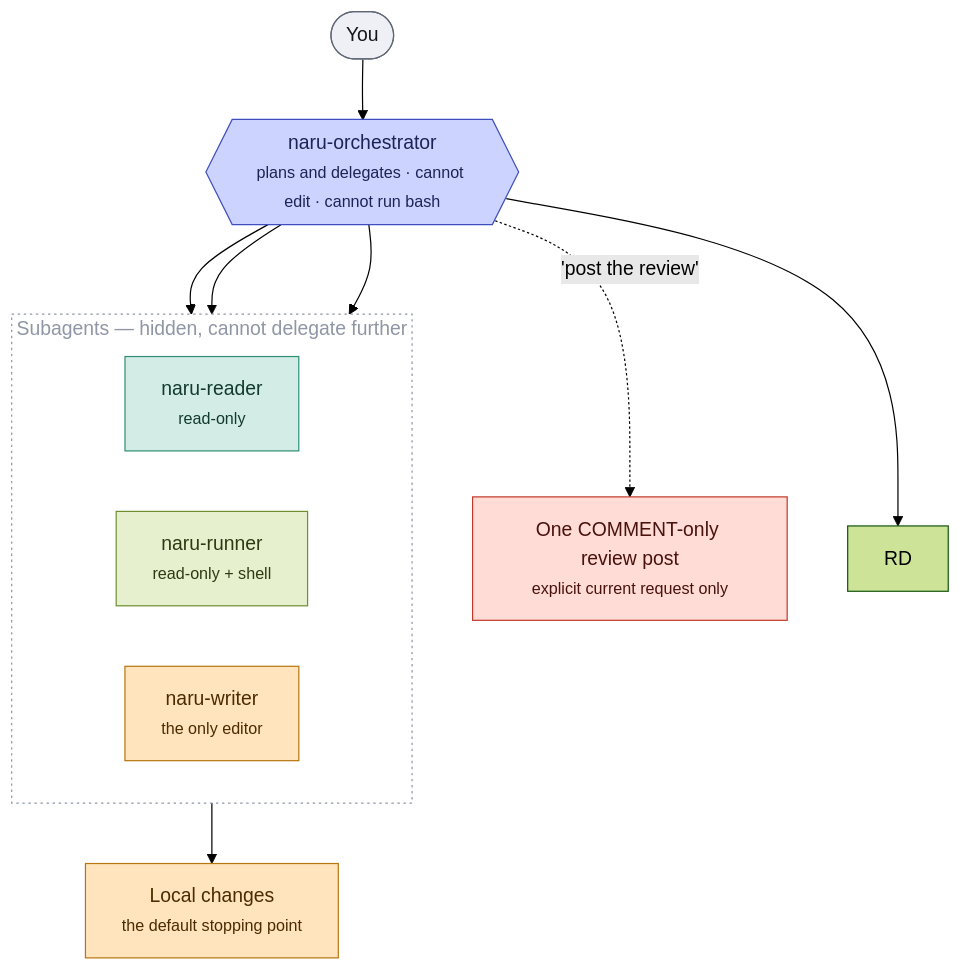
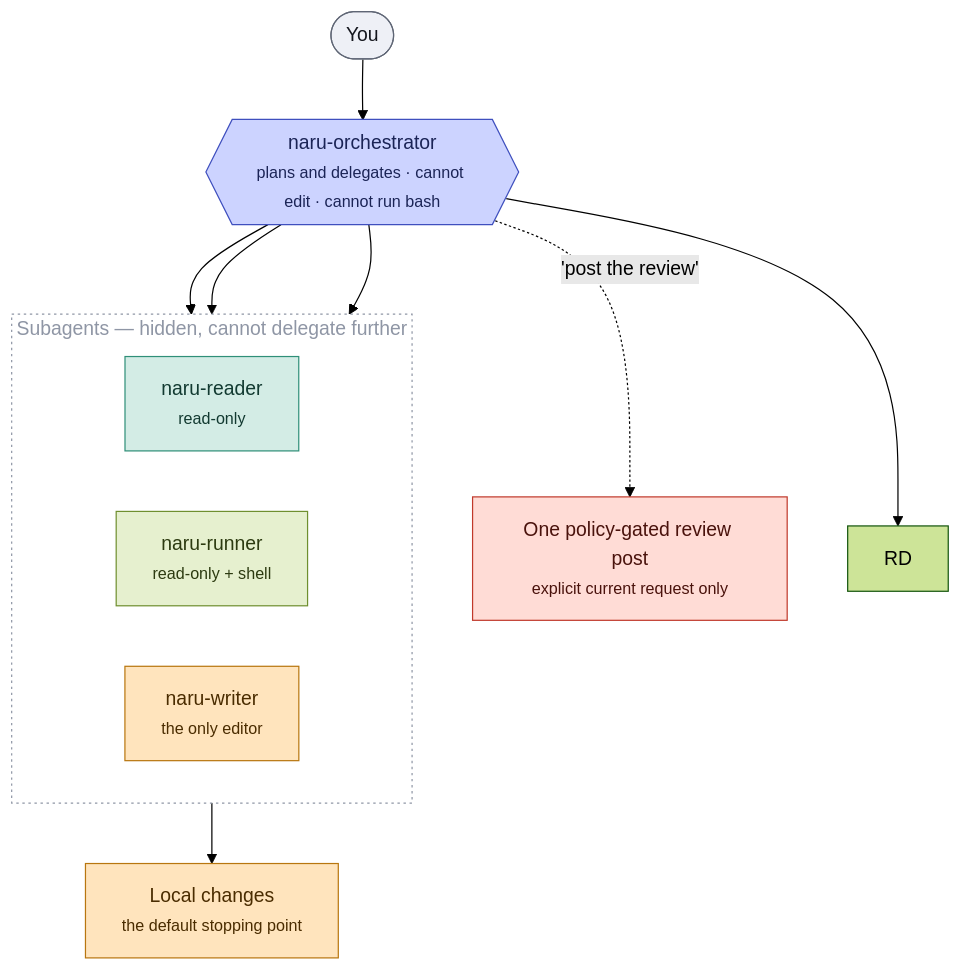
The diagram in docs/user-guide.md (sean35mm/naru-opencode), drawn with Mermaid (forest theme) before and after one commit. The commit also changed other lines of this file and 18 other files, not shown here.

Commit message:
feat: add evidence-gated pull-request review decisions

````diff
--- a/docs/user-guide.md
+++ b/docs/user-guide.md
@@ -117,32 +117,32 @@
 ```mermaid
 flowchart TB
   U(["You"]):::actor
   ORC{{"naru-orchestrator<br/><small>plans and delegates · cannot edit · cannot run bash</small>"}}:::coord
 
   subgraph leaves["Subagents — hidden, cannot delegate further"]
     direction LR
     R["naru-reader<br/><small>read-only</small>"]:::read
     RUN["naru-runner<br/><small>read-only + shell</small>"]:::shell
     W["naru-writer<br/><small>the only editor</small>"]:::write
   end
 
   STOP["Local changes<br/><small>the default stopping point</small>"]:::write
-  POST["One COMMENT-only review post<br/><small>explicit current request only</small>"]:::danger
+  POST["One policy-gated review post<br/><small>explicit current request only</small>"]:::danger
 
   U --> ORC
   ORC --> R
   ORC --> RD
   ORC --> RUN
   ORC --> W
   W --> STOP
   ORC -.->|"'post the review'"| POST
 
   style leaves fill:none,stroke:#8f96a5,stroke-dasharray:2 3,color:#8f96a5
 
   classDef actor fill:#eef0f6,stroke:#5f6675,color:#14161d
   classDef coord fill:#ccd3ff,stroke:#3f4fbe,color:#1b2456
   classDef read fill:#d3ece5,stroke:#2f8f78,color:#123a31
   classDef shell fill:#e6f0cf,stroke:#6f8f2f,color:#2c3a10
   classDef write fill:#ffe4bd,stroke:#b8760f,color:#4a2c00
   classDef danger fill:#ffdcd6,stroke:#c0392b,color:#4a120c
 ```
````
